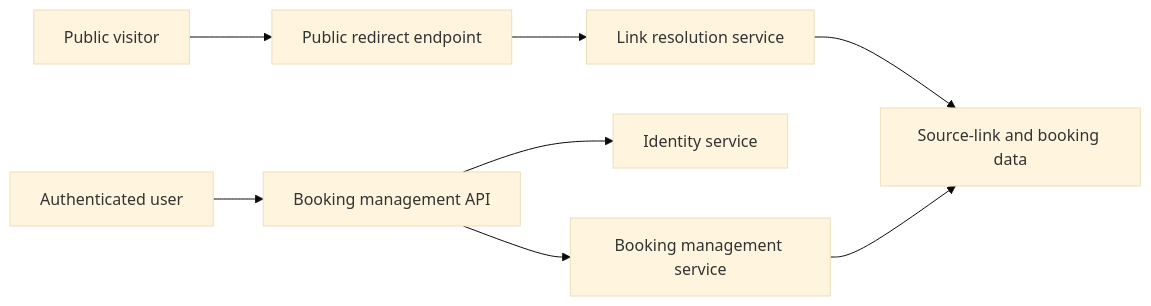
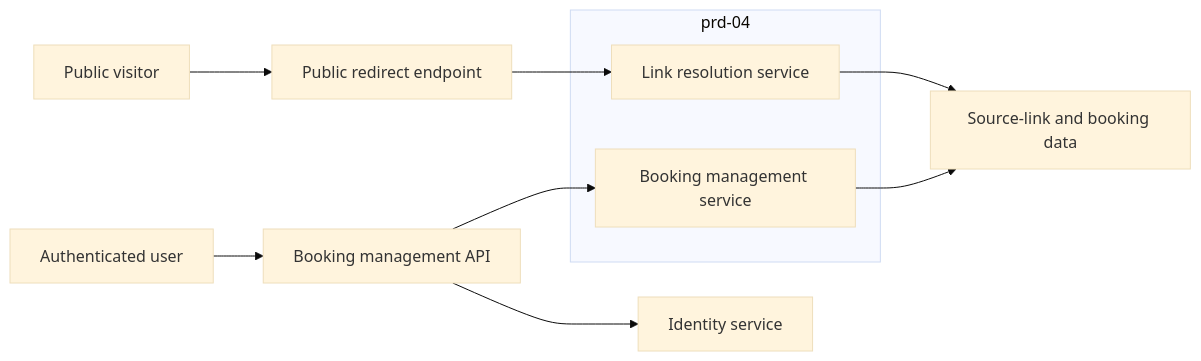
Before and after one commit to 0x1115-inc/essential-gadgets: the diagram in docs/architecture/01_Overall-Design.md, drawn with Mermaid (base theme). The commit also changed 1 other file, not shown here.

Commit message:
feat: update architecture documentation and add backlog for project tasks

````diff
--- a/docs/architecture/01_Overall-Design.md
+++ b/docs/architecture/01_Overall-Design.md
@@ -68,12 +68,18 @@
 ```mermaid
 flowchart LR
     Visitor[Public visitor] --> Redirect[Public redirect endpoint]
     User[Authenticated user] --> Management[Booking management API]
 
-    Management --> Identity[Identity service]
+    
     Redirect --> Resolution[Link resolution service]
     Management --> Booking[Booking management service]
+    Management --> Identity[Identity service]
+
+    subgraph prd-04
+        Resolution
+        Booking
+    end
 
     Resolution --> Data[Source-link and booking data]
     Booking --> Data
 ```
````
